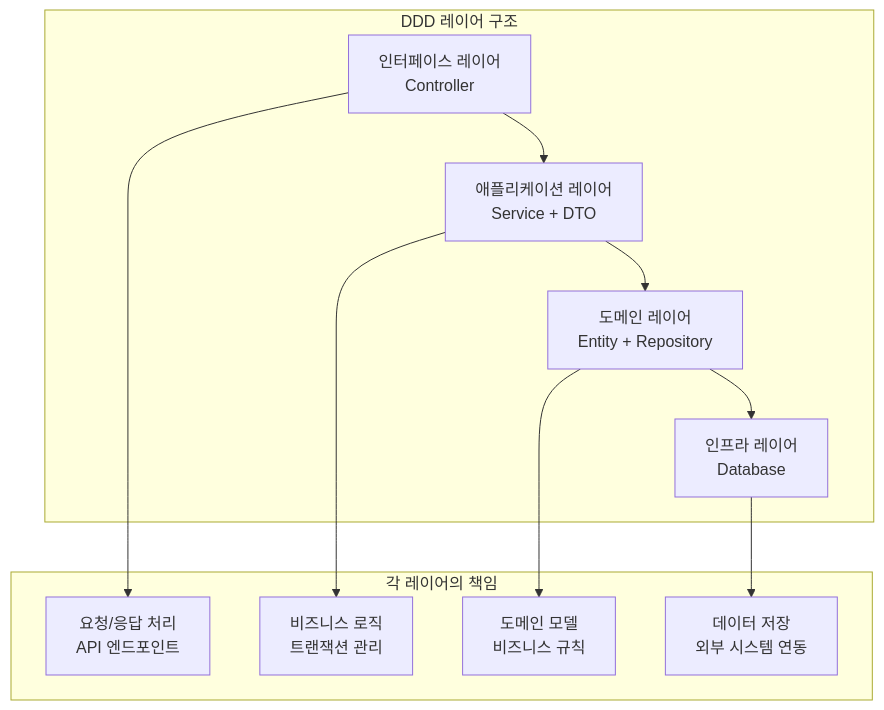
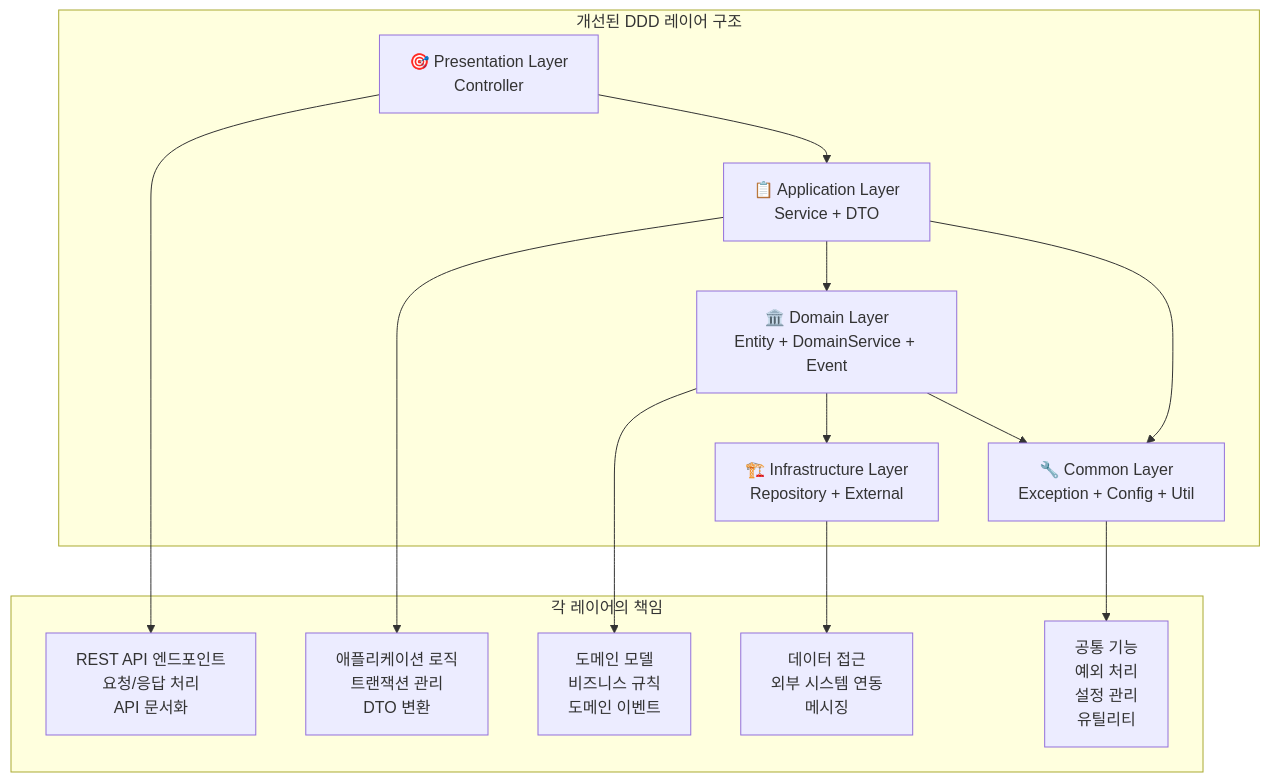
The second of 11 diagrams in README.md (kmkmi/spring-msa-ddd), drawn with Mermaid before and after one commit. The commit also changed other lines of this file and 55 other files, not shown here.

````diff
--- a/README.md
+++ b/README.md
@@ -126,20 +146,24 @@
 ```mermaid
 graph TB
-    subgraph "DDD 레이어 구조"
-        Interface[인터페이스 레이어<br/>Controller]
-        Application[애플리케이션 레이어<br/>Service + DTO]
-        Domain[도메인 레이어<br/>Entity + Repository]
-        Infrastructure[인프라 레이어<br/>Database]
+    subgraph "개선된 DDD 레이어 구조"
+        Presentation[🎯 Presentation Layer<br/>Controller]
+        Application[📋 Application Layer<br/>Service + DTO]
+        Domain[🏛️ Domain Layer<br/>Entity + DomainService + Event]
+        Infrastructure[🏗️ Infrastructure Layer<br/>Repository + External]
+        Common[🔧 Common Layer<br/>Exception + Config + Util]
     end
     
-    Interface --> Application
+    Presentation --> Application
     Application --> Domain
     Domain --> Infrastructure
+    Application --> Common
+    Domain --> Common
     
     subgraph "각 레이어의 책임"
-        Interface --> I_Resp[요청/응답 처리<br/>API 엔드포인트]
-        Application --> A_Resp[비즈니스 로직<br/>트랜잭션 관리]
-        Domain --> D_Resp[도메인 모델<br/>비즈니스 규칙]
-        Infrastructure --> Inf_Resp[데이터 저장<br/>외부 시스템 연동]
+        Presentation --> P_Resp[REST API 엔드포인트<br/>요청/응답 처리<br/>API 문서화]
+        Application --> A_Resp[애플리케이션 로직<br/>트랜잭션 관리<br/>DTO 변환]
+        Domain --> D_Resp[도메인 모델<br/>비즈니스 규칙<br/>도메인 이벤트]
+        Infrastructure --> I_Resp[데이터 접근<br/>외부 시스템 연동<br/>메시징]
+        Common --> C_Resp[공통 기능<br/>예외 처리<br/>설정 관리<br/>유틸리티]
     end
 ```
````
